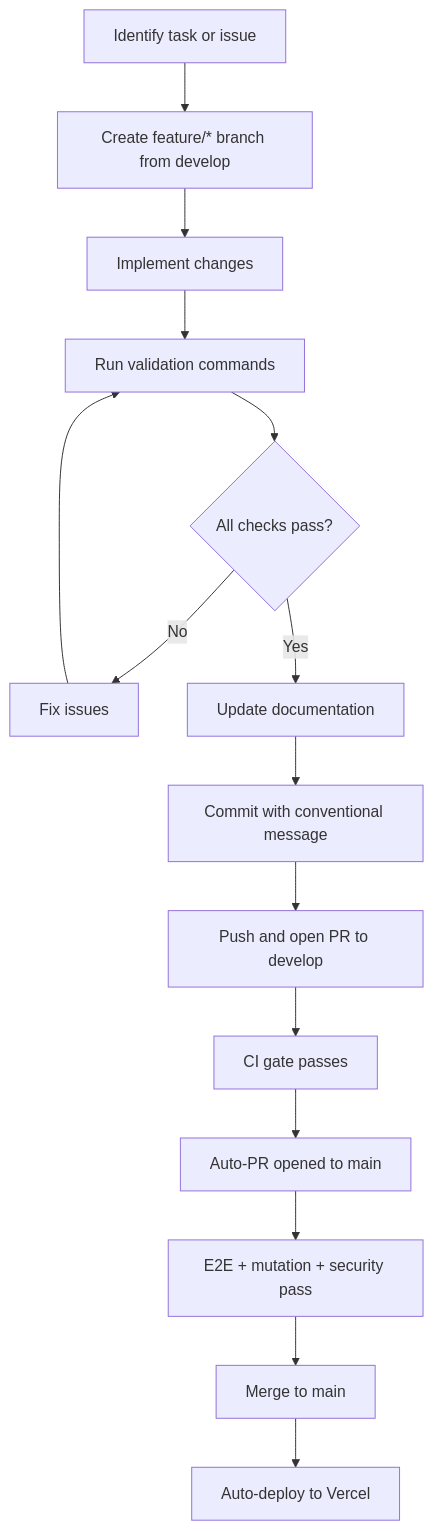
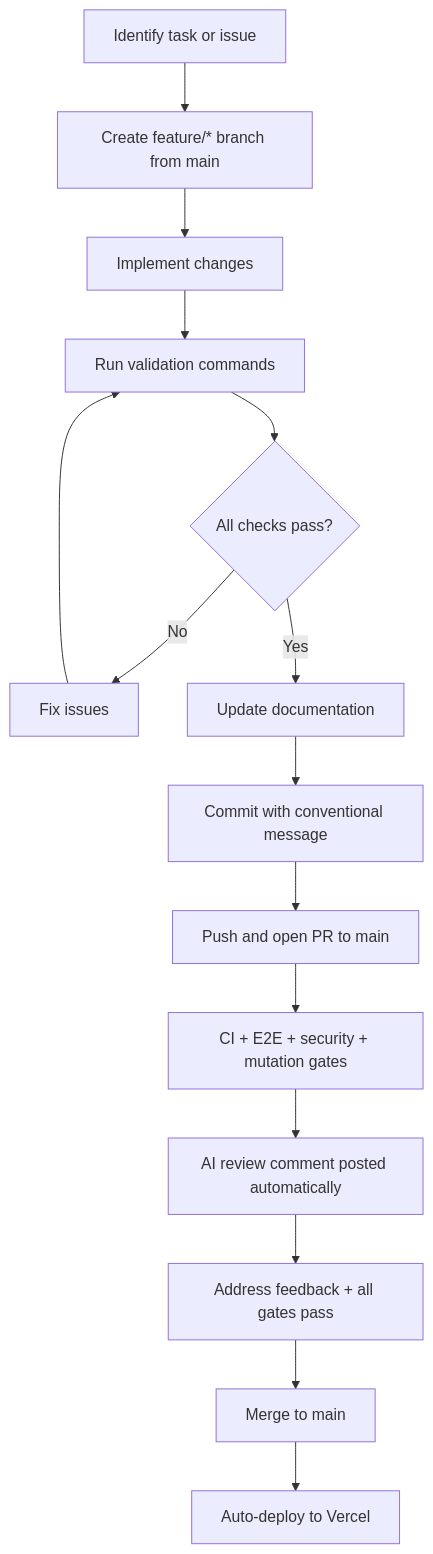
One commit to Oweeboi011/Fit-Ready-IQ changed the first of 5 diagrams in docs/wiki/CONTRIBUTING.md. Above: the diagram before and after it, drawn with Mermaid. The commit also changed other lines of this file and 15 other files, not shown here.

````diff
--- a/docs/wiki/CONTRIBUTING.md
+++ b/docs/wiki/CONTRIBUTING.md
@@ -31,17 +31,17 @@
 ```mermaid
 flowchart TD
-    A[Identify task or issue] --> B[Create feature/* branch from develop]
+    A[Identify task or issue] --> B[Create feature/* branch from main]
     B --> C[Implement changes]
     C --> D[Run validation commands]
     D --> E{All checks pass?}
     E -->|No| F[Fix issues]
     F --> D
     E -->|Yes| G[Update documentation]
     G --> H[Commit with conventional message]
-    H --> I[Push and open PR to develop]
-    I --> J[CI gate passes]
-    J --> K[Auto-PR opened to main]
-    K --> L[E2E + mutation + security pass]
+    H --> I[Push and open PR to main]
+    I --> J[CI + E2E + security + mutation gates]
+    J --> K[AI review comment posted automatically]
+    K --> L[Address feedback + all gates pass]
     L --> M[Merge to main]
     M --> N[Auto-deploy to Vercel]
 ```
````
